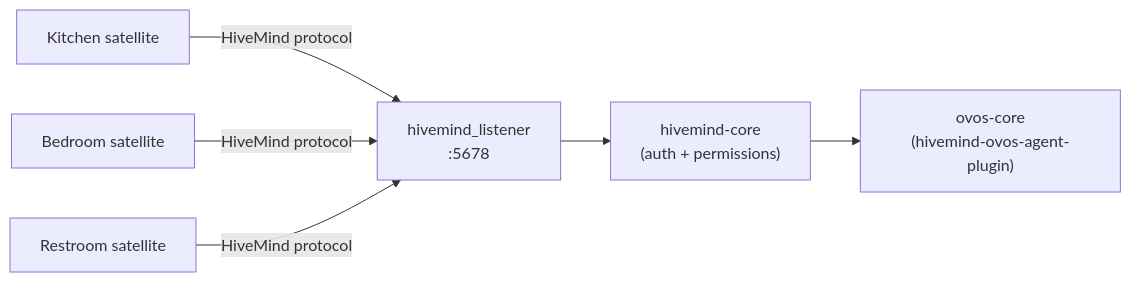
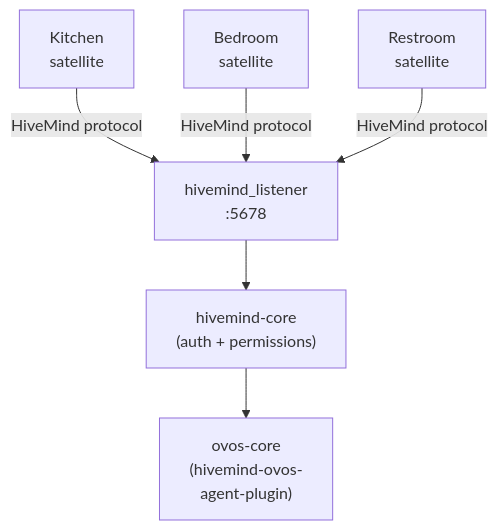
The diagram in docs/hivemind-agents.md (OpenVoiceOS/beta-technical-manual), drawn with Mermaid before and after one commit. The commit also changed 19 other files, not shown here.

First line of the commit message:
docs: fit diagrams to the content column; arena live URL

````diff
--- a/docs/hivemind-agents.md
+++ b/docs/hivemind-agents.md
@@ -45,8 +45,8 @@
 ```mermaid
-flowchart LR
-    Kitchen[Kitchen satellite] -- HiveMind protocol --> Listener["hivemind_listener\n:5678"]
-    Bedroom[Bedroom satellite] -- HiveMind protocol --> Listener
-    Restroom[Restroom satellite] -- HiveMind protocol --> Listener
-    Listener --> Core["hivemind-core\n(auth + permissions)"]
-    Core --> Agent["ovos-core\n(hivemind-ovos-agent-plugin)"]
+flowchart TD
+    Kitchen["Kitchen<br/>satellite"] -- HiveMind protocol --> Listener["hivemind_listener<br/>:5678"]
+    Bedroom["Bedroom<br/>satellite"] -- HiveMind protocol --> Listener
+    Restroom["Restroom<br/>satellite"] -- HiveMind protocol --> Listener
+    Listener --> Core["hivemind-core<br/>(auth + permissions)"]
+    Core --> Agent["ovos-core<br/>(hivemind-ovos-<br/>agent-plugin)"]
 ```
````
